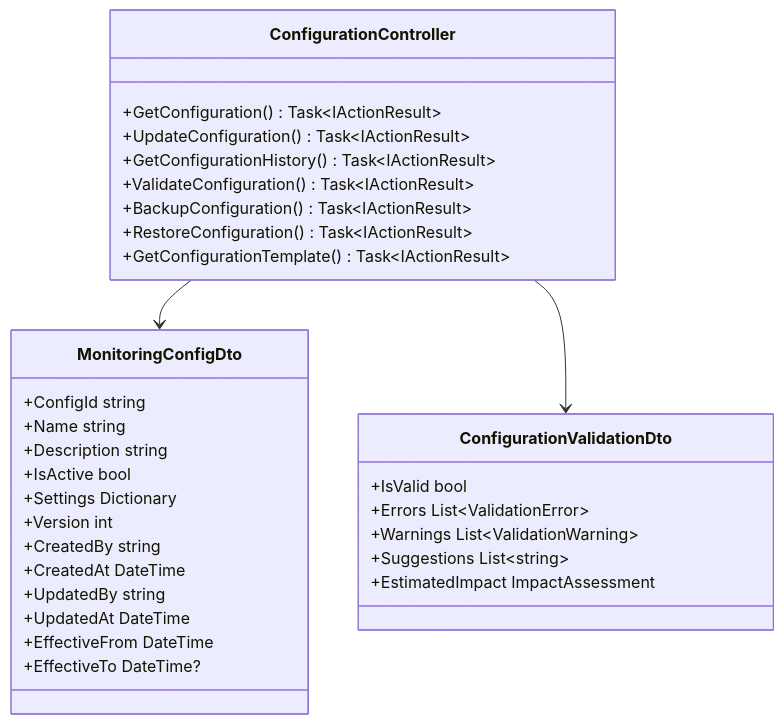
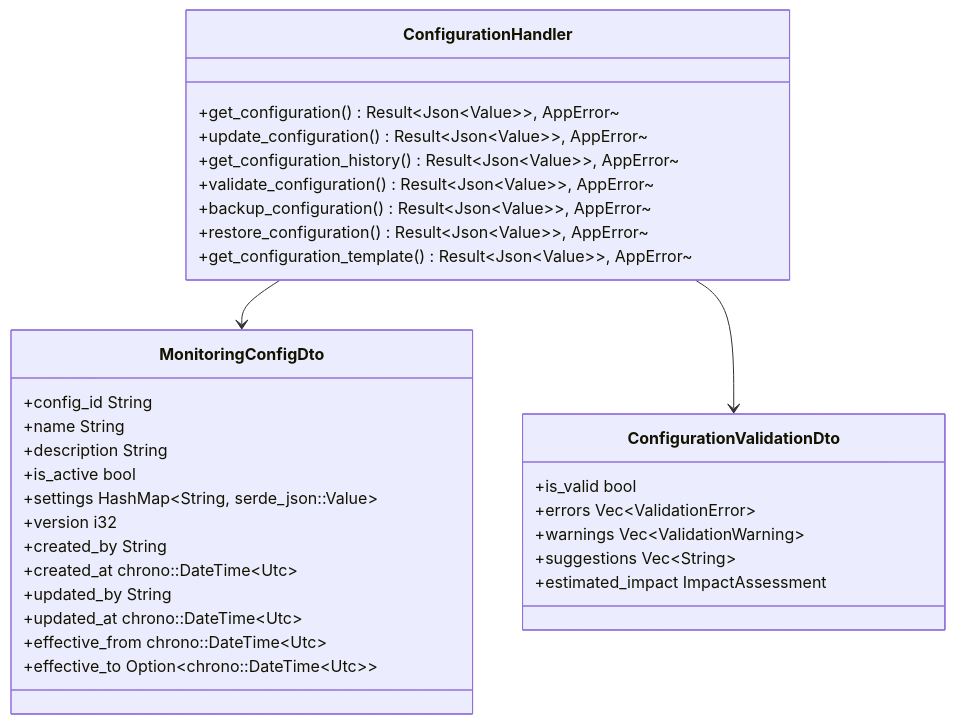
Before and after one commit to lornshrimp/Lorn.ADSP.Rust: the sixth of 7 diagrams in docs_TecDesign/广告投放引擎/广告效果监测服务设计/广告效果监测服务接口设计.md, drawn with Mermaid. The commit also changed other lines of this file and 8 other files, not shown here.

````diff
--- a/docs_TecDesign/广告投放引擎/广告效果监测服务设计/广告效果监测服务接口设计.md
+++ b/docs_TecDesign/广告投放引擎/广告效果监测服务设计/广告效果监测服务接口设计.md
@@ -595,38 +616,38 @@
 ```mermaid
 classDiagram
-    class ConfigurationController {
-        +GetConfiguration() Task~IActionResult~
-        +UpdateConfiguration() Task~IActionResult~
-        +GetConfigurationHistory() Task~IActionResult~
-        +ValidateConfiguration() Task~IActionResult~
-        +BackupConfiguration() Task~IActionResult~
-        +RestoreConfiguration() Task~IActionResult~
-        +GetConfigurationTemplate() Task~IActionResult~
+    class ConfigurationHandler {
+        +get_configuration() Result~Json~Value~~, AppError~
+        +update_configuration() Result~Json~Value~~, AppError~
+        +get_configuration_history() Result~Json~Value~~, AppError~
+        +validate_configuration() Result~Json~Value~~, AppError~
+        +backup_configuration() Result~Json~Value~~, AppError~
+        +restore_configuration() Result~Json~Value~~, AppError~
+        +get_configuration_template() Result~Json~Value~~, AppError~
     }
     
     class MonitoringConfigDto {
-        +ConfigId string
-        +Name string
-        +Description string
-        +IsActive bool
-        +Settings Dictionary
-        +Version int
-        +CreatedBy string
-        +CreatedAt DateTime
-        +UpdatedBy string
-        +UpdatedAt DateTime
-        +EffectiveFrom DateTime
-        +EffectiveTo DateTime?
+        +config_id String
+        +name String
+        +description String
+        +is_active bool
+        +settings HashMap~String, serde_json::Value~
+        +version i32
+        +created_by String
+        +created_at chrono::DateTime~Utc~
+        +updated_by String
+        +updated_at chrono::DateTime~Utc~
+        +effective_from chrono::DateTime~Utc~
+        +effective_to Option~chrono::DateTime~Utc~~
     }
     
     class ConfigurationValidationDto {
-        +IsValid bool
-        +Errors List~ValidationError~
-        +Warnings List~ValidationWarning~
-        +Suggestions List~string~
-        +EstimatedImpact ImpactAssessment
+        +is_valid bool
+        +errors Vec~ValidationError~
+        +warnings Vec~ValidationWarning~
+        +suggestions Vec~String~
+        +estimated_impact ImpactAssessment
     }
     
-    ConfigurationController --> MonitoringConfigDto
-    ConfigurationController --> ConfigurationValidationDto
+    ConfigurationHandler --> MonitoringConfigDto
+    ConfigurationHandler --> ConfigurationValidationDto
 ```
````
